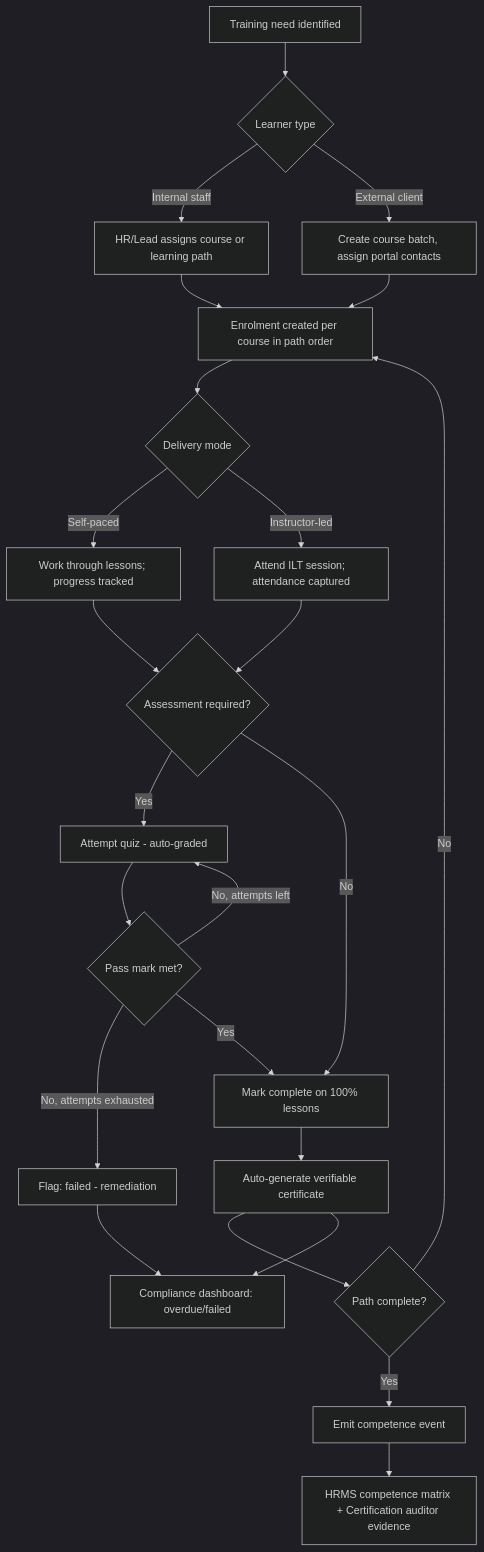
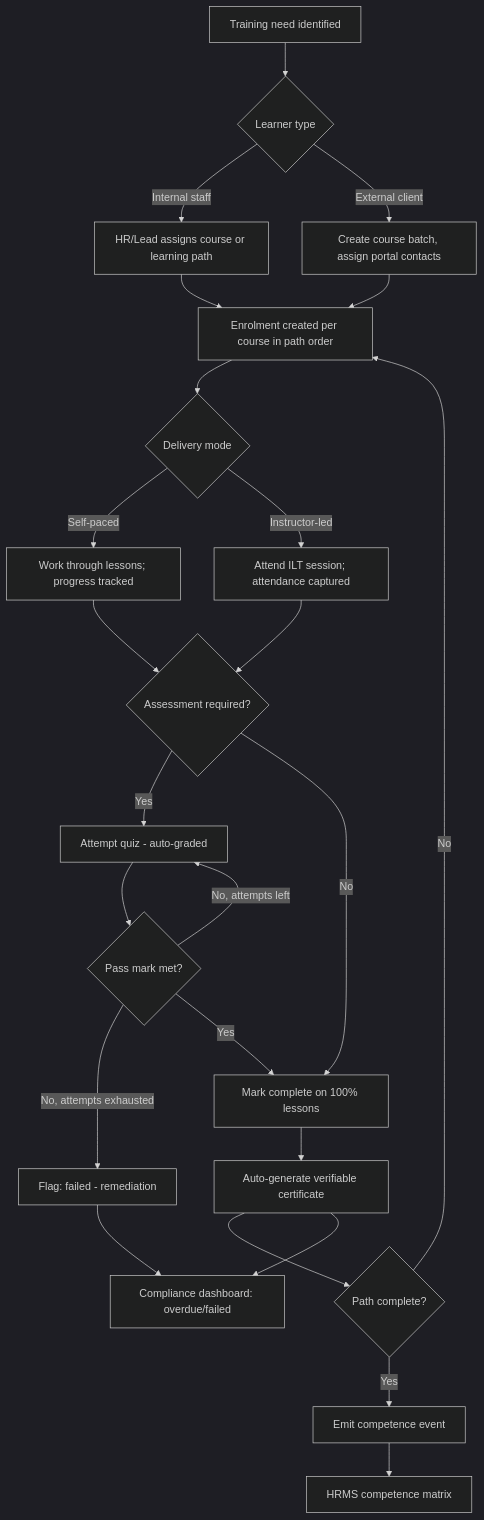
Before and after one commit to taruntps/tps-oms: the first of 4 diagrams in docs/architecture/modules/lms.md, drawn with Mermaid (dark theme). The commit also changed other lines of this file and 21 other files, not shown here.

````diff
--- a/docs/architecture/modules/lms.md
+++ b/docs/architecture/modules/lms.md
@@ -60,26 +61,26 @@
 ```mermaid
 flowchart TD
   A[Training need identified] --> B{Learner type}
   B -->|Internal staff| C[HR/Lead assigns course or learning path]
   B -->|External client| D[Create course batch, assign portal contacts]
   C --> E[Enrolment created per course in path order]
   D --> E
   E --> F{Delivery mode}
   F -->|Self-paced| G[Work through lessons; progress tracked]
   F -->|Instructor-led| H[Attend ILT session; attendance captured]
   G --> I{Assessment required?}
   H --> I
   I -->|Yes| J[Attempt quiz - auto-graded]
   I -->|No| K[Mark complete on 100% lessons]
   J --> L{Pass mark met?}
   L -->|No, attempts left| J
   L -->|No, attempts exhausted| M[Flag: failed - remediation]
   L -->|Yes| K
   K --> N[Auto-generate verifiable certificate]
   N --> O{Path complete?}
   O -->|No| E
   O -->|Yes| P[Emit competence event]
-  P --> Q[HRMS competence matrix + Certification auditor evidence]
+  P --> Q[HRMS competence matrix]
   M --> R[Compliance dashboard: overdue/failed]
   N --> R
 ```
````
